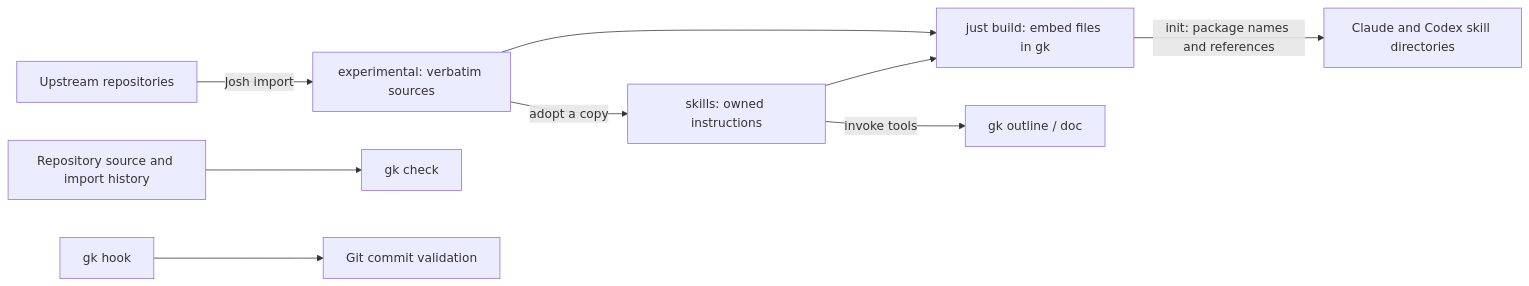
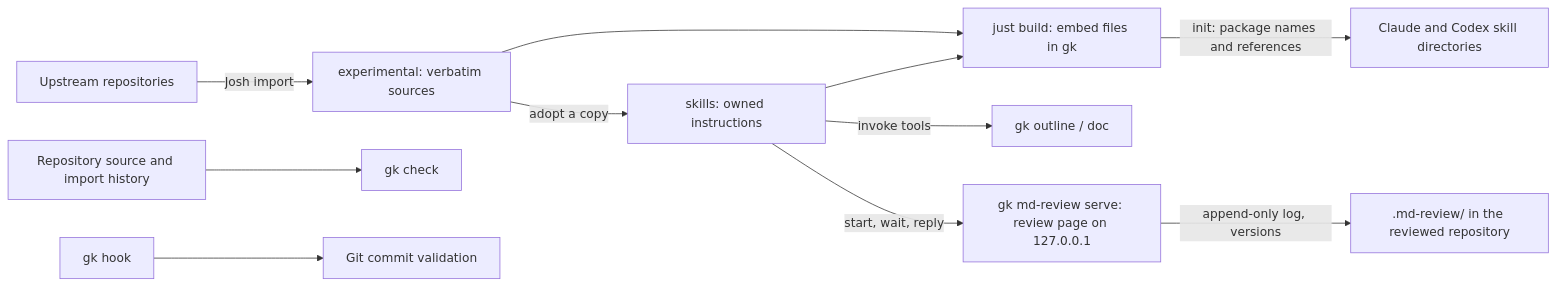
One commit to msurkovsky/gist changed the diagram in docs/architecture.md. Above: the diagram before and after it, drawn with Mermaid. The commit also changed other lines of this file and 26 other files, not shown here.

````diff
--- a/docs/architecture.md
+++ b/docs/architecture.md
@@ -8,11 +8,13 @@
 ```mermaid
 flowchart LR
   U[Upstream repositories] -->|Josh import| E[experimental: verbatim sources]
   E -->|adopt a copy| S[skills: owned instructions]
   E --> B[just build: embed files in gk]
   S --> B
   B -->|init: package names and references| C[Claude and Codex skill directories]
   S -->|invoke tools| T[gk outline / doc]
   R[Repository source and import history] --> Q[gk check]
   H[gk hook] --> G[Git commit validation]
+  S -->|start, wait, reply| M[gk md-review serve: review page on 127.0.0.1]
+  M -->|append-only log, versions| L[.md-review/ in the reviewed repository]
 ```
````
